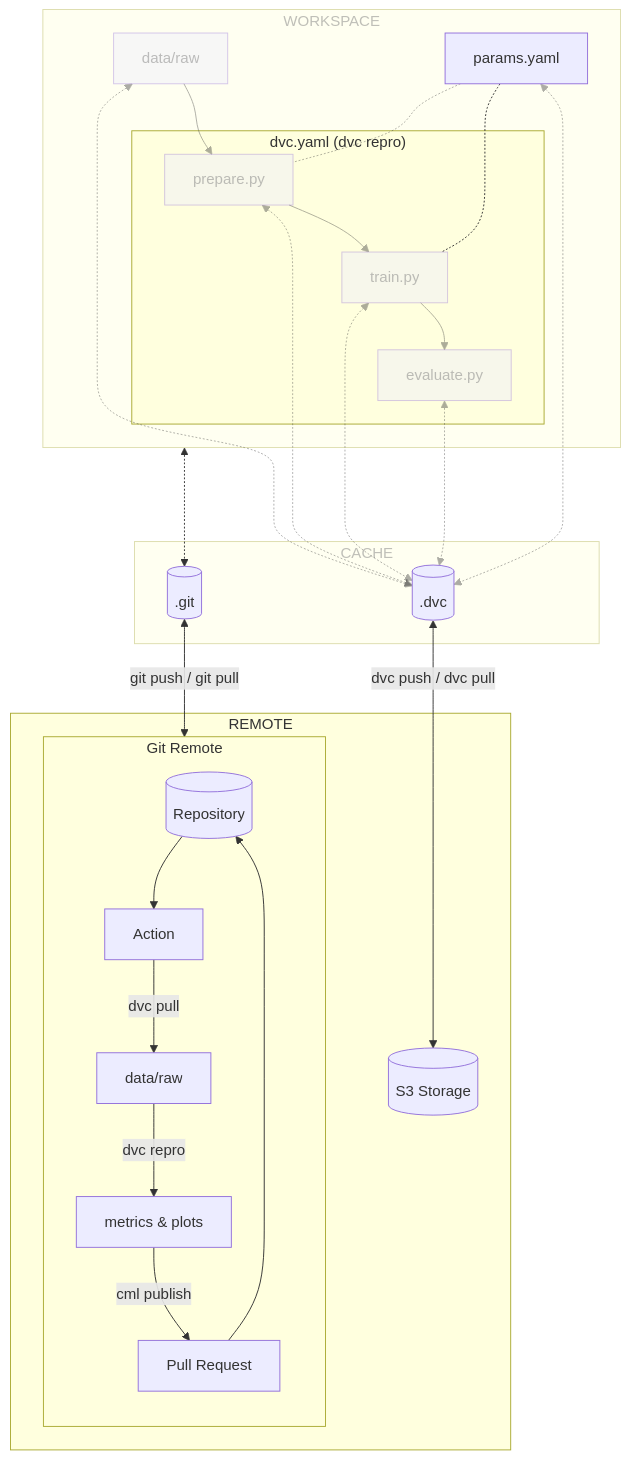
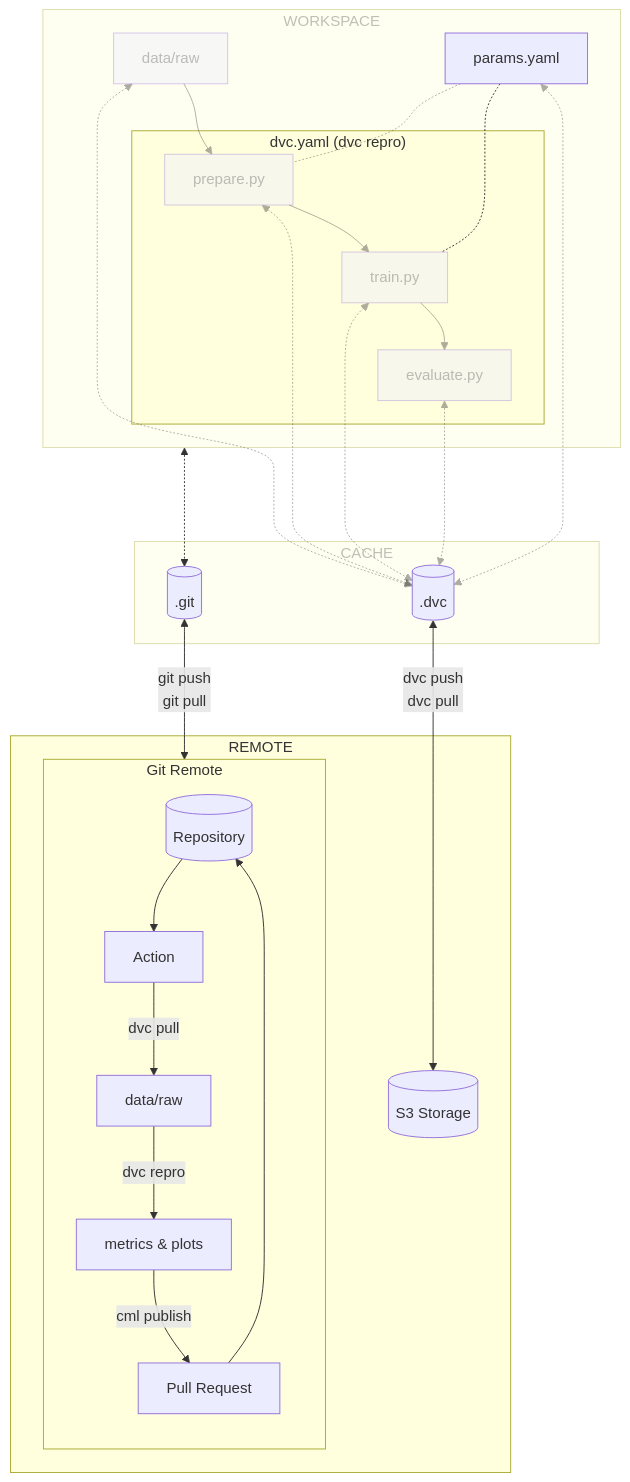
Before and after one commit to swiss-ai-center/a-guide-to-mlops: the diagram in docs/part-2-move-the-model-to-the-cloud/chapter-10-work-efficiently-and-collaboratively-with-git.md, drawn with Mermaid. The commit also changed 4 other files, not shown here.

Commit message:
Use better newline for mermaid graphs in part 2

````diff
--- a/docs/part-2-move-the-model-to-the-cloud/chapter-10-work-efficiently-and-collaboratively-with-git.md
+++ b/docs/part-2-move-the-model-to-the-cloud/chapter-10-work-efficiently-and-collaboratively-with-git.md
@@ -27,50 +27,52 @@
 ```mermaid
 flowchart TB
-    dot_dvc[(.dvc)] <-->|dvc push / dvc pull| s3_storage[(S3 Storage)]
-    dot_git[(.git)] <-->|git push / git pull| gitGraph[Git Remote]
+    dot_dvc[(.dvc)] <-->|dvc push
+                         dvc pull| s3_storage[(S3 Storage)]
+    dot_git[(.git)] <-->|git push
+                         git pull| gitGraph[Git Remote]
     workspaceGraph <-....-> dot_git
     data[data/raw] <-.-> dot_dvc
     subgraph remoteGraph[REMOTE]
         s3_storage
         subgraph gitGraph[Git Remote]
             direction TB
             repository[(Repository)] --> action[Action]
             action -->|dvc pull| action_data[data/raw]
             action_data -->|dvc repro| action_out[metrics & plots]
             action_out -->|cml publish| pr[Pull Request]
             pr --> repository
         end
     end
     subgraph cacheGraph[CACHE]
         dot_dvc
         dot_git
     end
     subgraph workspaceGraph[WORKSPACE]
         prepare[prepare.py] <-.-> dot_dvc
         train[train.py] <-.-> dot_dvc
         evaluate[evaluate.py] <-.-> dot_dvc
         data --> prepare
         subgraph dvcGraph["dvc.yaml (dvc repro)"]
             prepare --> train
             train --> evaluate
         end
         params[params.yaml] -.- prepare
         params -.- train
         params <-.-> dot_dvc
     end
     style workspaceGraph opacity:0.4,color:#7f7f7f80
     style cacheGraph opacity:0.4,color:#7f7f7f80
     style data opacity:0.4,color:#7f7f7f80
     style prepare opacity:0.4,color:#7f7f7f80
     style train opacity:0.4,color:#7f7f7f80
     style evaluate opacity:0.4,color:#7f7f7f80
     linkStyle 3 opacity:0.4,color:#7f7f7f80
     linkStyle 9 opacity:0.4,color:#7f7f7f80
     linkStyle 10 opacity:0.4,color:#7f7f7f80
     linkStyle 11 opacity:0.4,color:#7f7f7f80
     linkStyle 12 opacity:0.4,color:#7f7f7f80
     linkStyle 13 opacity:0.4,color:#7f7f7f80
     linkStyle 14 opacity:0.4,color:#7f7f7f80
     linkStyle 15 opacity:0.4,color:#7f7f7f80
     linkStyle 17 opacity:0.4,color:#7f7f7f80
 ```
````
